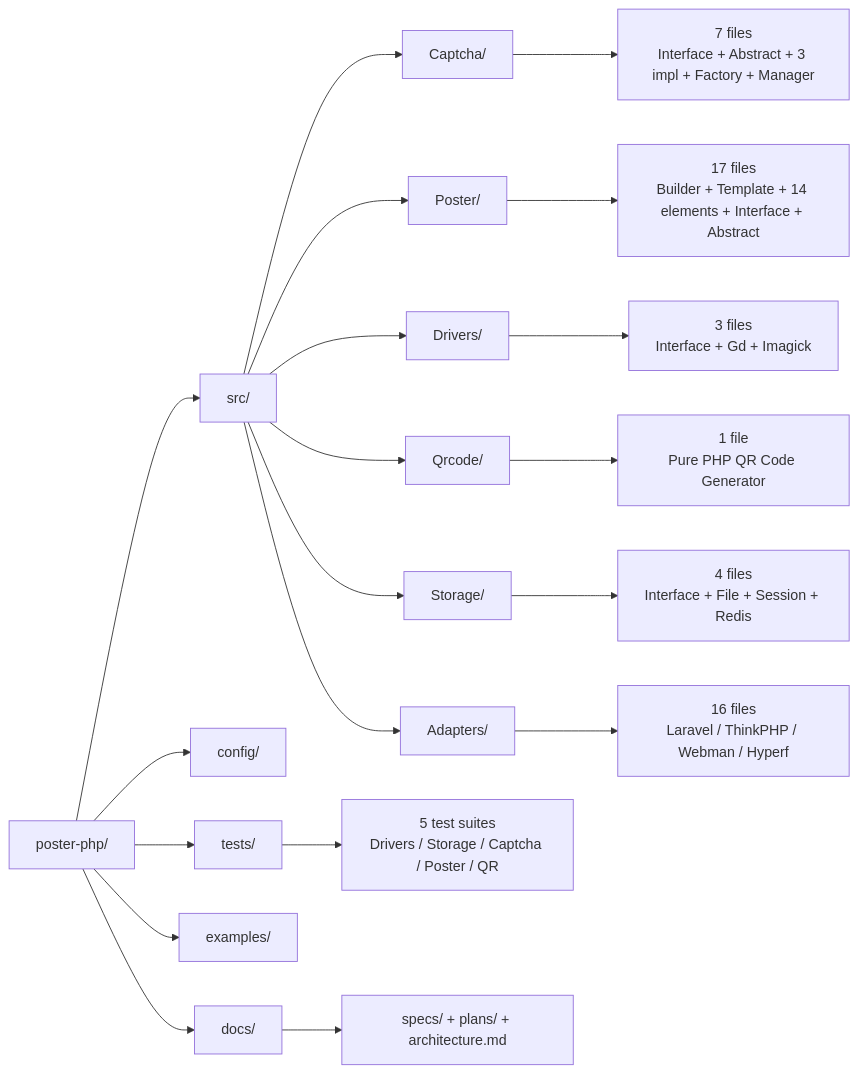
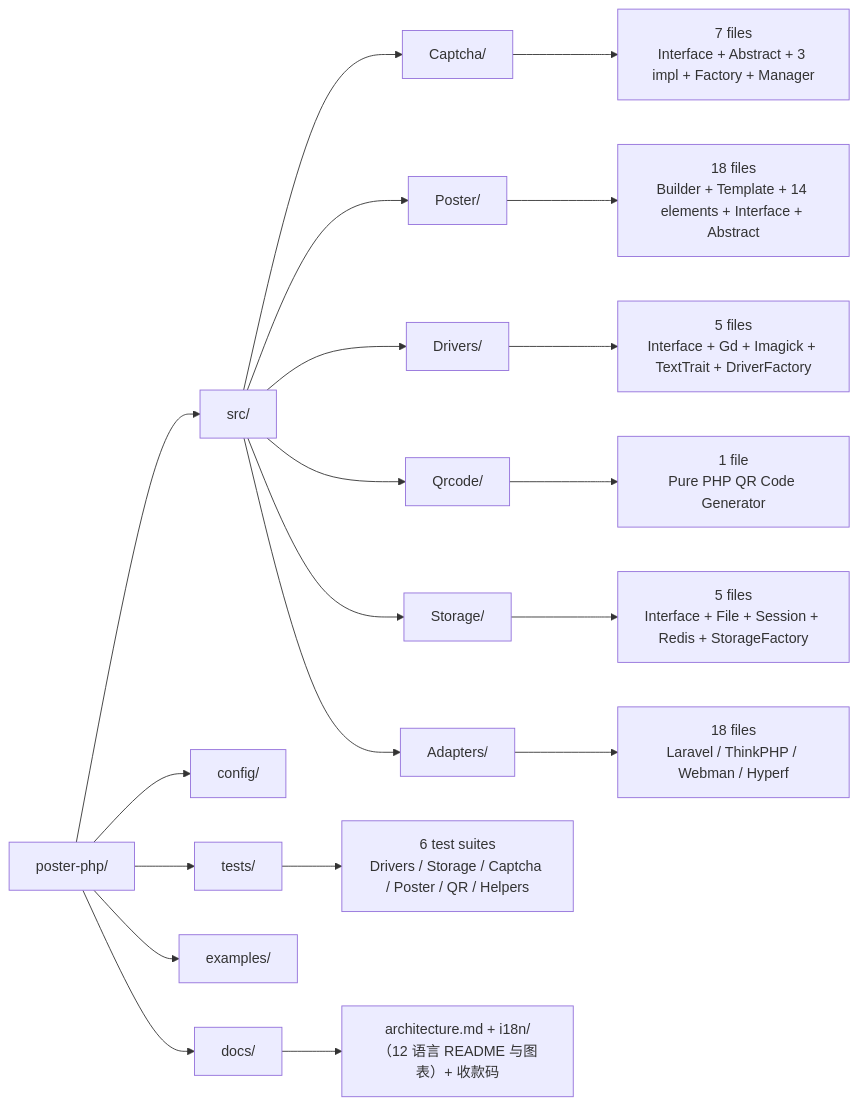
One commit to erikwang2013/poster-php changed diagram 11 of 11 in docs/architecture.md. Above: the diagram before and after it, drawn with Mermaid. The commit also changed other lines of this file and 20 other files, not shown here.

````diff
--- a/docs/architecture.md
+++ b/docs/architecture.md
@@ -527,25 +527,25 @@
 ```mermaid
 graph LR
     ROOT["poster-php/"] --> SRC["src/"]
     ROOT --> CONFIG_DIR["config/"]
     ROOT --> TESTS["tests/"]
     ROOT --> EXAMPLES["examples/"]
     ROOT --> DOCS["docs/"]
 
     SRC --> CAPTCHA_DIR["Captcha/"]
     SRC --> POSTER_DIR["Poster/"]
     SRC --> DRIVERS_DIR["Drivers/"]
     SRC --> QRCODE_DIR["Qrcode/"]
     SRC --> STORAGE_DIR["Storage/"]
     SRC --> ADAPTERS_DIR["Adapters/"]
 
     CAPTCHA_DIR --> C_FILES["7 files<br/>Interface + Abstract + 3 impl + Factory + Manager"]
-    POSTER_DIR --> P_FILES["17 files<br/>Builder + Template + 14 elements + Interface + Abstract"]
-    DRIVERS_DIR --> D_FILES["3 files<br/>Interface + Gd + Imagick"]
+    POSTER_DIR --> P_FILES["18 files<br/>Builder + Template + 14 elements + Interface + Abstract"]
+    DRIVERS_DIR --> D_FILES["5 files<br/>Interface + Gd + Imagick + TextTrait + DriverFactory"]
     QRCODE_DIR --> Q_FILES["1 file<br/>Pure PHP QR Code Generator"]
-    STORAGE_DIR --> S_FILES["4 files<br/>Interface + File + Session + Redis"]
-    ADAPTERS_DIR --> A_FILES["16 files<br/>Laravel / ThinkPHP / Webman / Hyperf"]
+    STORAGE_DIR --> S_FILES["5 files<br/>Interface + File + Session + Redis + StorageFactory"]
+    ADAPTERS_DIR --> A_FILES["18 files<br/>Laravel / ThinkPHP / Webman / Hyperf"]
 
-    TESTS --> T_DIRS["5 test suites<br/>Drivers / Storage / Captcha / Poster / QR"]
-    DOCS --> DOC_FILES["specs/ + plans/ + architecture.md"]
+    TESTS --> T_DIRS["6 test suites<br/>Drivers / Storage / Captcha / Poster / QR / Helpers"]
+    DOCS --> DOC_FILES["architecture.md + i18n/（12 语言 README 与图表）+ 收款码"]
 ```
````
